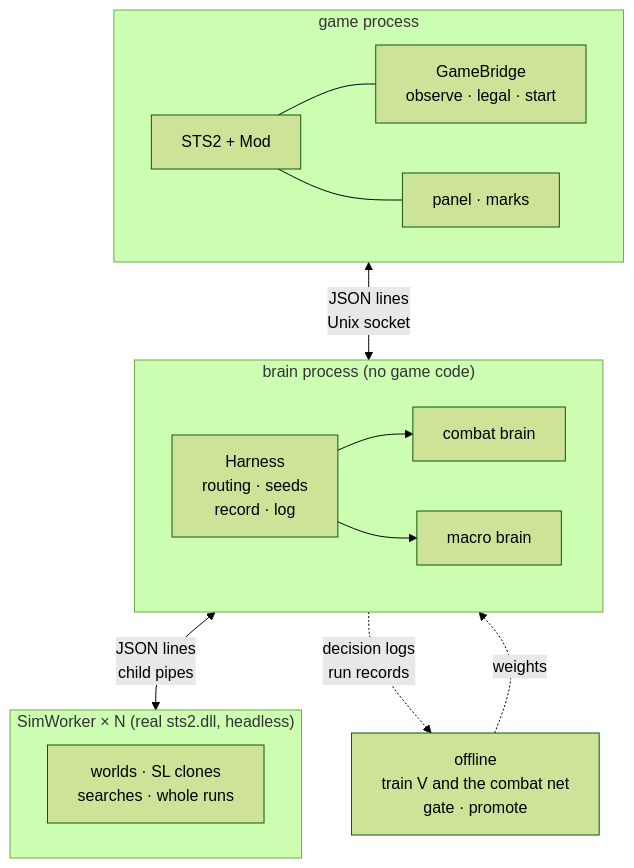
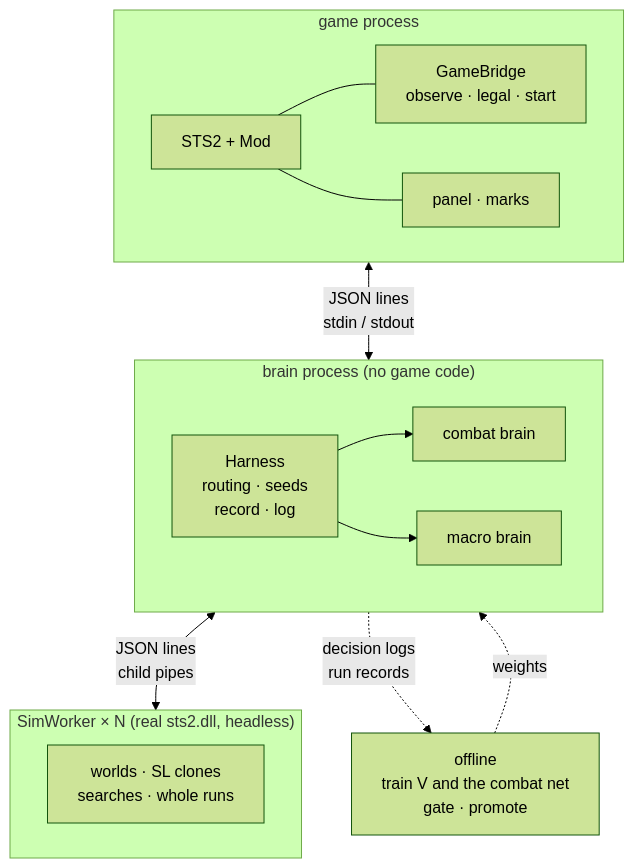
One commit to shinnku-nikaidou/spire-zero changed the diagram in docs/src/content/docs/en/index.mdx. Above: the diagram before and after it, drawn with Mermaid (forest theme). The commit also changed other lines of this file and 164 other files, not shown here.

````diff
--- a/docs/src/content/docs/en/index.mdx
+++ b/docs/src/content/docs/en/index.mdx
@@ -42,18 +42,18 @@
 ```mermaid
 flowchart TD
   subgraph G["game process"]
     GAME["STS2 + Mod"] --- GB["GameBridge<br/>observe · legal · start"]
     GAME --- UI["panel · marks"]
   end
   subgraph D["brain process (no game code)"]
     H["Harness<br/>routing · seeds<br/>record · log"] --> CB["combat brain"]
     H --> MB["macro brain"]
   end
   subgraph W["SimWorker × N (real sts2.dll, headless)"]
     WS["worlds · SL clones<br/>searches · whole runs"]
   end
-  G <-->|"JSON lines<br/>Unix socket"| D
+  G <-->|"JSON lines<br/>stdin / stdout"| D
   D <-->|"JSON lines<br/>child pipes"| W
   D -.->|"decision logs<br/>run records"| OFF["offline<br/>train V and the combat net<br/>gate · promote"]
   OFF -.->|"weights"| D
 ```
````
